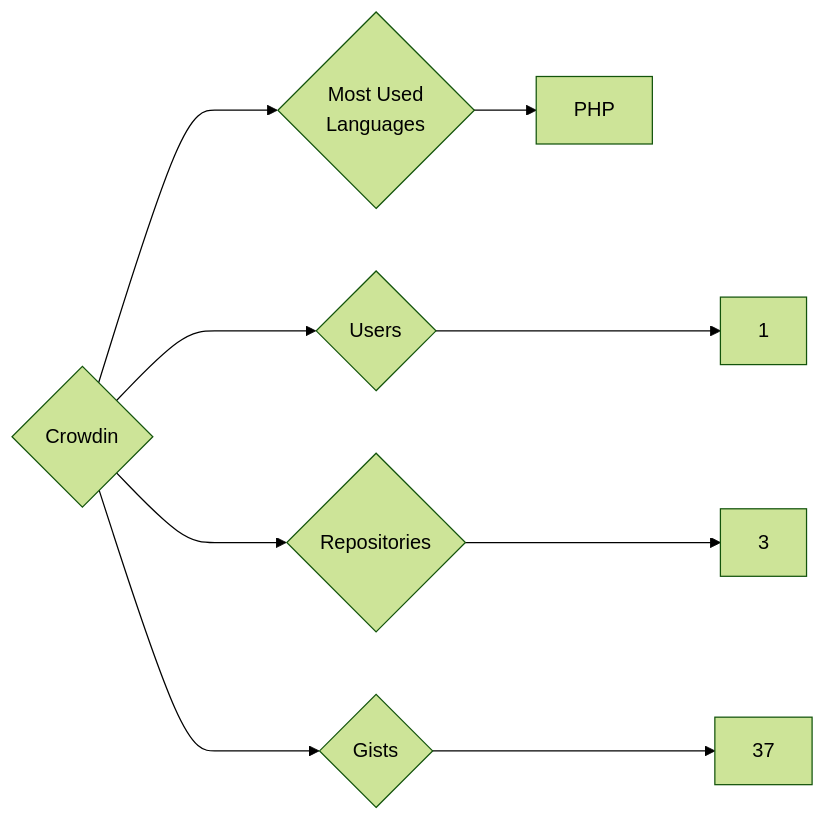
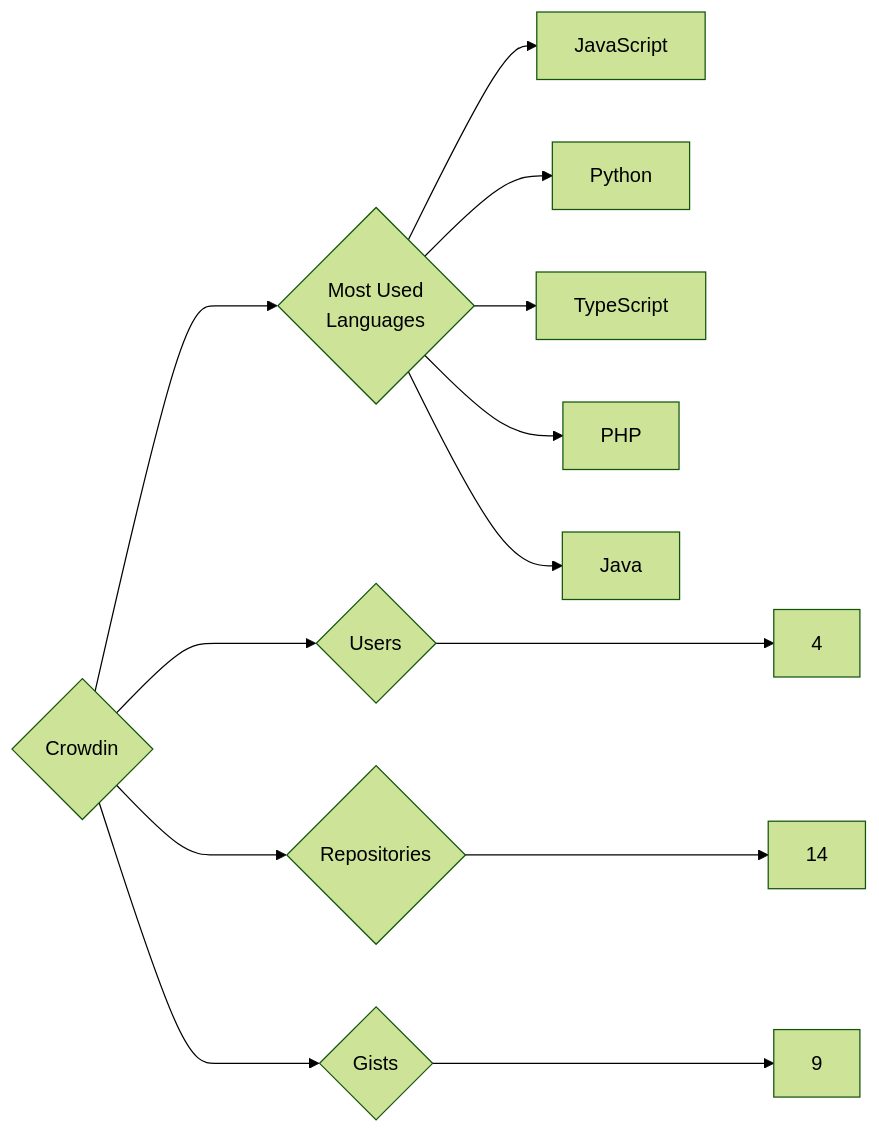
The diagram in targets/Crowdin/README.md (trickest/insiders), drawn with Mermaid (forest theme) before and after one commit. The commit also changed 891 other files, not shown here.

````diff
--- a/targets/Crowdin/README.md
+++ b/targets/Crowdin/README.md
@@ -3,9 +3,13 @@
 ```mermaid
 graph LR
 COMPANY_NAME{Crowdin}
-COMPANY_NAME ---> U{Users} ---> UN[1]
-COMPANY_NAME ---> R{Repositories} ---> RN[3]
-COMPANY_NAME ---> G{Gists} ---> GN[37]
+COMPANY_NAME ---> U{Users} ---> UN[4]
+COMPANY_NAME ---> R{Repositories} ---> RN[14]
+COMPANY_NAME ---> G{Gists} ---> GN[9]
 COMPANY_NAME ---> ML{Most Used<br>Languages}
+ML --> JavaScript[JavaScript]
+ML --> Python[Python]
+ML --> TypeScript[TypeScript]
 ML --> PHP[PHP]
+ML --> Java[Java]
 ```
````
